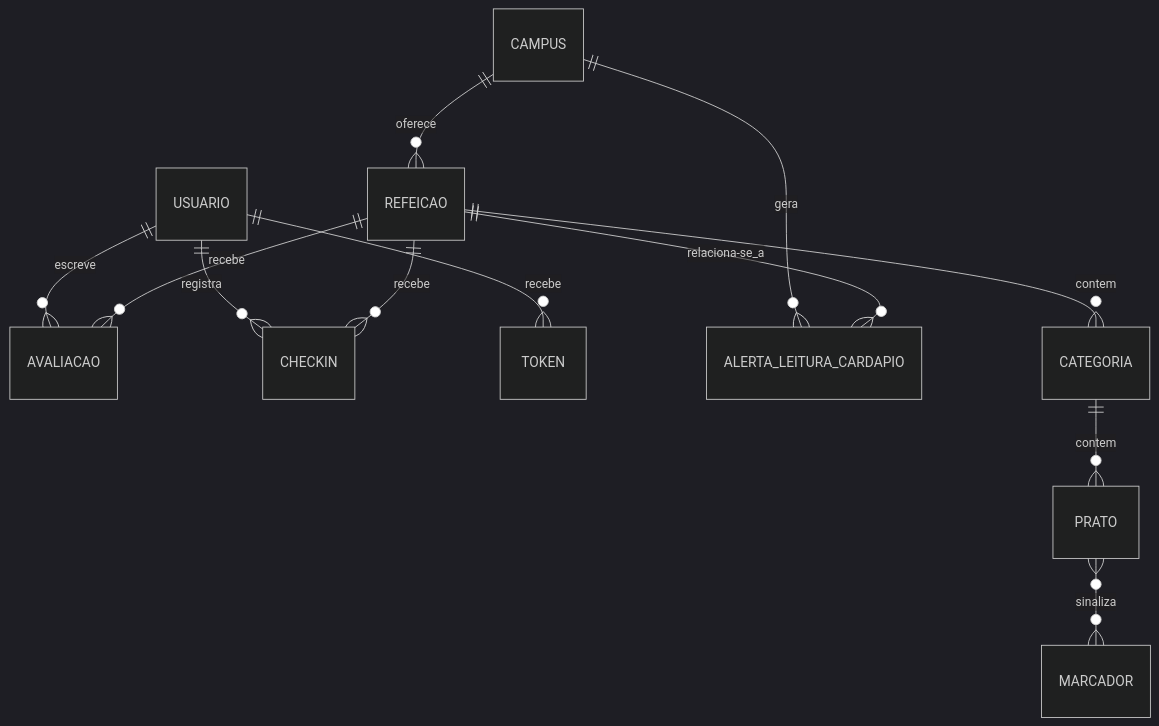
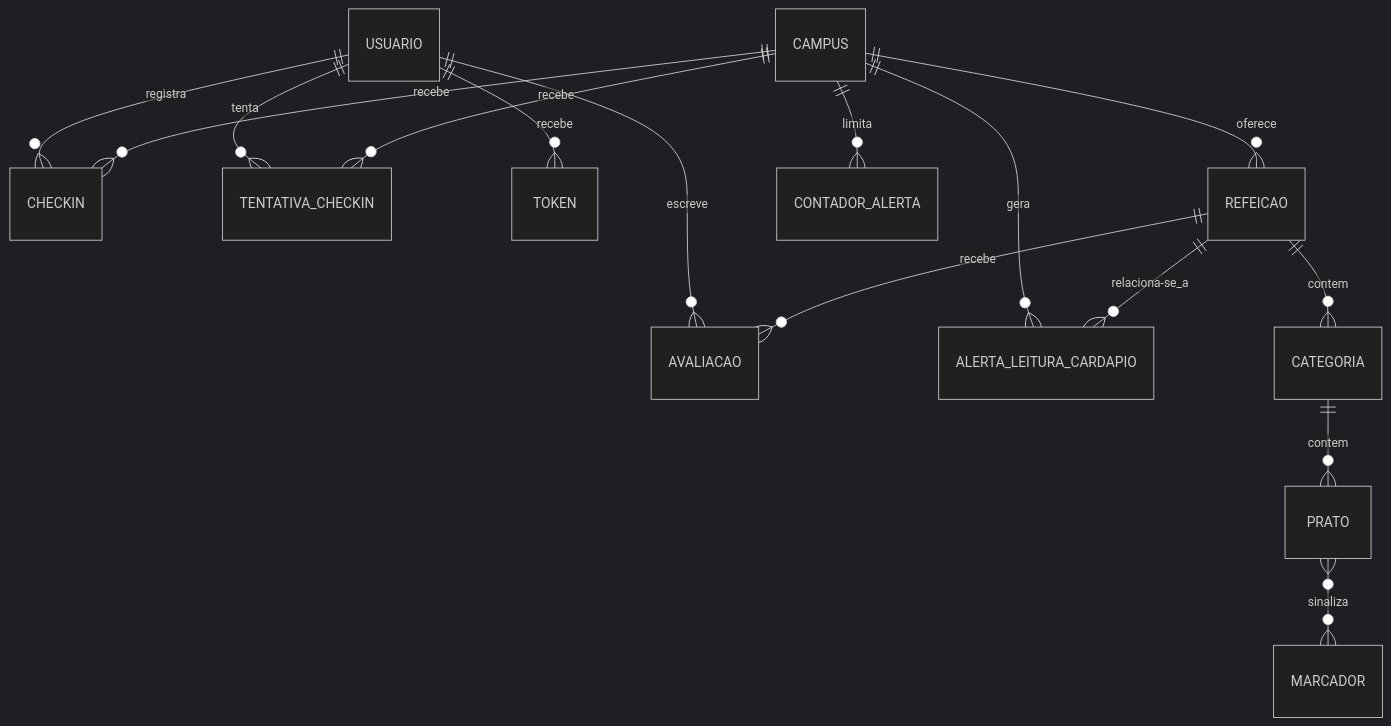
One commit to unb-mds/2026-2-Bandejao-UnB changed the first of 2 diagrams in docs/arquitetura/banco-de-dados/C4-niveis-3-4-banco-de-dados-bandejao.md. Above: the diagram before and after it, drawn with Mermaid (dark theme). The commit also changed other lines of this file, not shown here.

````diff
--- a/docs/arquitetura/banco-de-dados/C4-niveis-3-4-banco-de-dados-bandejao.md
+++ b/docs/arquitetura/banco-de-dados/C4-niveis-3-4-banco-de-dados-bandejao.md
@@ -17,18 +20,21 @@
 ```mermaid
 erDiagram
     USUARIO ||--o{ AVALIACAO : escreve
     USUARIO ||--o{ CHECKIN : registra
+    USUARIO ||--o{ TENTATIVA_CHECKIN : tenta
     USUARIO ||--o{ TOKEN : recebe
 
     CAMPUS ||--o{ REFEICAO : oferece
+    CAMPUS ||--o{ CHECKIN : recebe
+    CAMPUS ||--o{ TENTATIVA_CHECKIN : recebe
     CAMPUS ||--o{ ALERTA_LEITURA_CARDAPIO : gera
+    CAMPUS ||--o{ CONTADOR_ALERTA : limita
 
     REFEICAO ||--o{ CATEGORIA : contem
     REFEICAO ||--o{ AVALIACAO : recebe
-    REFEICAO ||--o{ CHECKIN : recebe
     REFEICAO ||--o{ ALERTA_LEITURA_CARDAPIO : relaciona-se_a
 
     CATEGORIA ||--o{ PRATO : contem
 
     PRATO }o--o{ MARCADOR : sinaliza
 ```
````
